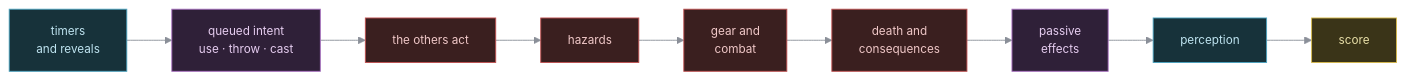
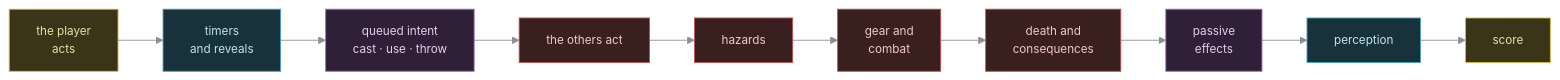
The second of 4 diagrams in scs.md (bae-alves/nihilurk), drawn with Mermaid before and after one commit. The commit also changed other lines of this file and 76 other files, not shown here.

````diff
--- a/scs.md
+++ b/scs.md
@@ -60,20 +58,21 @@
 ```mermaid
 %%{init: {'theme':'base','themeVariables':{
   'primaryColor':'#20242b','primaryTextColor':'#d7dae0',
   'primaryBorderColor':'#5c6370','lineColor':'#8a8f98',
   'fontFamily':'ui-monospace, SFMono-Regular, Menlo, monospace',
   'fontSize':'13px'}}}%%
 flowchart LR
-  A["timers<br/>and reveals"]:::cold --> B["queued intent<br/>use · throw · cast"]:::magic
+  P["the player<br/>acts"]:::hero --> A["timers<br/>and reveals"]:::cold
+  A --> B["queued intent<br/>cast · use · throw"]:::magic
   B --> C["the others act"]:::peril
   C --> D["hazards"]:::peril
   D --> E["gear and<br/>combat"]:::peril
   E --> F["death and<br/>consequences"]:::peril
   F --> G["passive<br/>effects"]:::magic
   G --> H["perception"]:::cold
   H --> I["score"]:::hero
   classDef hero fill:#3a3418,stroke:#d7ba4a,color:#e8dfa8
   classDef peril fill:#3a1f1f,stroke:#c05050,color:#f0c8c8
   classDef magic fill:#2f2038,stroke:#a86fc0,color:#e6cdf0
   classDef cold  fill:#17323a,stroke:#4aa3c0,color:#bfe4f0
 ```
````
